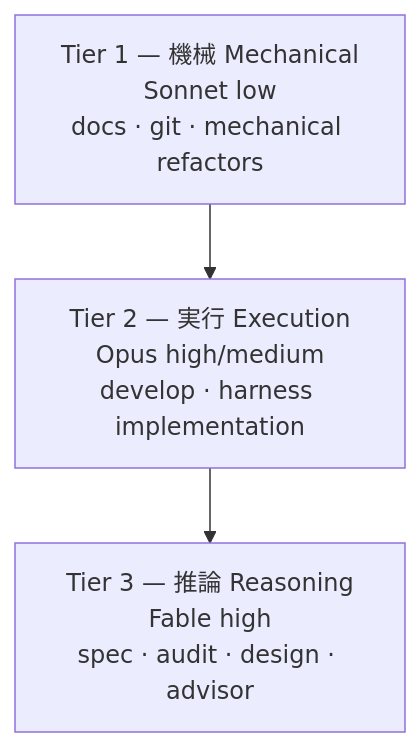
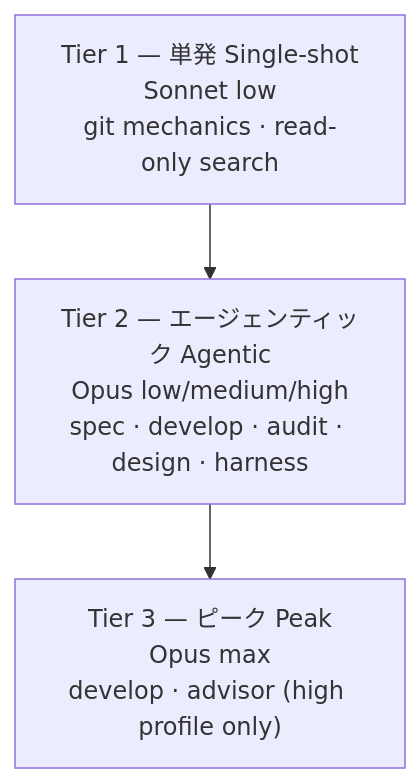
The diagram in docs-site/content/ja/advanced/no-haiku-3tier.md (modu-ai/moai-adk), drawn with Mermaid before and after one commit. The commit also changed other lines of this file and 56 other files, not shown here.

````diff
--- a/docs-site/content/ja/advanced/no-haiku-3tier.md
+++ b/docs-site/content/ja/advanced/no-haiku-3tier.md
@@ -27,8 +40,8 @@
 ```mermaid
 flowchart TD
-    T1["Tier 1 — 機械 Mechanical<br/>Sonnet low<br/>docs · git · mechanical refactors"]
-    T2["Tier 2 — 実行 Execution<br/>Opus high/medium<br/>develop · harness implementation"]
-    T3["Tier 3 — 推論 Reasoning<br/>Fable high<br/>spec · audit · design · advisor"]
+    T1["Tier 1 — 単発 Single-shot<br/>Sonnet low<br/>git mechanics · read-only search"]
+    T2["Tier 2 — エージェンティック Agentic<br/>Opus low/medium/high<br/>spec · develop · audit · design · harness"]
+    T3["Tier 3 — ピーク Peak<br/>Opus max<br/>develop · advisor (high profile only)"]
 
     T1 --> T2 --> T3
 ```
````
